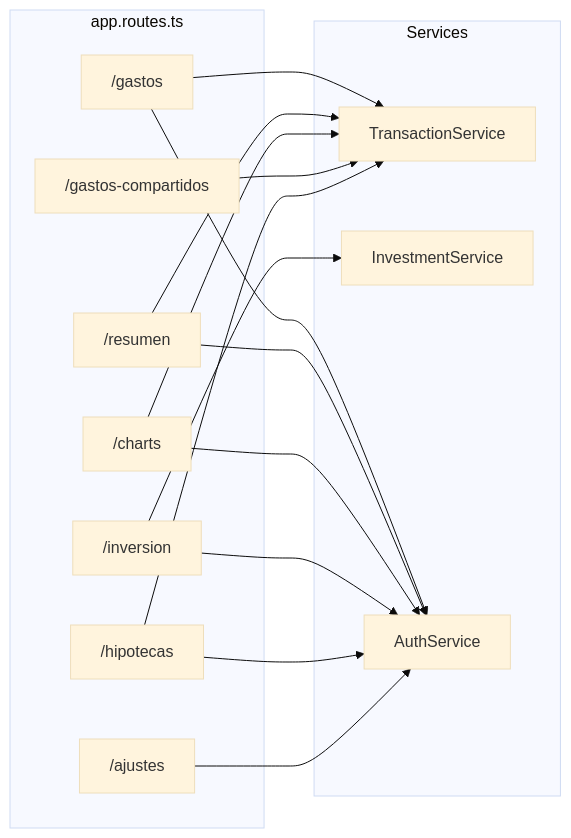
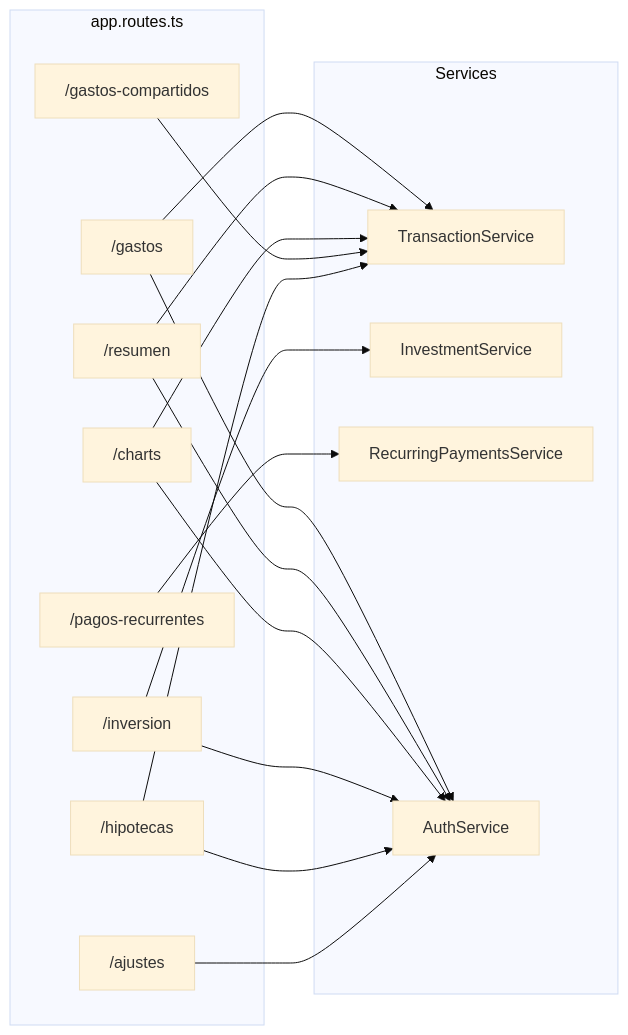
Before and after one commit to alejandroMartin99/BankaAppTracker: the fourth of 11 diagrams in docs/ARCHITECTURE.md, drawn with Mermaid (base theme). The commit also changed other lines of this file and 17 other files, not shown here.

First line of the commit message:
feat: add recurring payments feature with API integration and UI updates

````diff
--- a/docs/ARCHITECTURE.md
+++ b/docs/ARCHITECTURE.md
@@ -99,22 +102,25 @@
 ```mermaid
 flowchart LR
   subgraph Routes["app.routes.ts"]
     G["/gastos"]
     R["/resumen"]
     C["/charts"]
     I["/inversion"]
+    PR["/pagos-recurrentes"]
     H["/hipotecas"]
     SE["/gastos-compartidos"]
     A["/ajustes"]
   end
 
   subgraph Services
     TS["TransactionService"]
     IS["InvestmentService"]
+    RPS["RecurringPaymentsService"]
     AS["AuthService"]
   end
 
   G & R & C & SE & H --> TS
   I --> IS
+  PR --> RPS
   G & R & C & I & H & A --> AS
 ```
````
